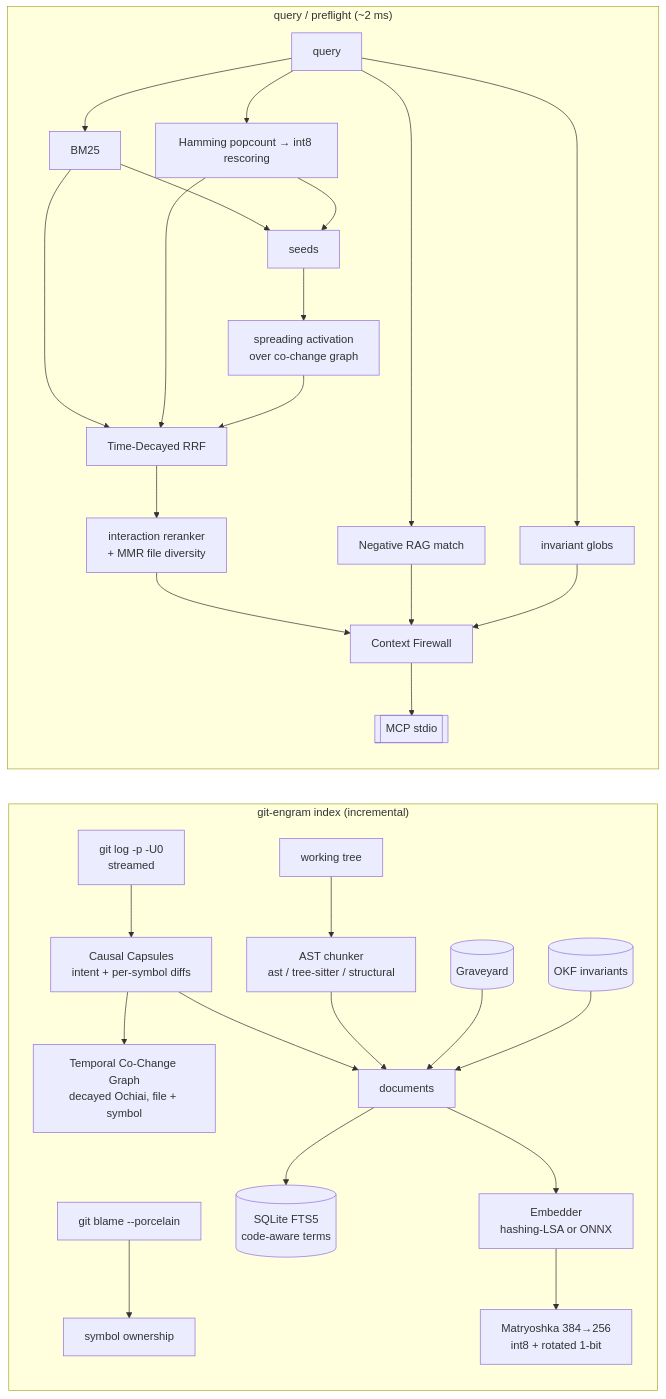
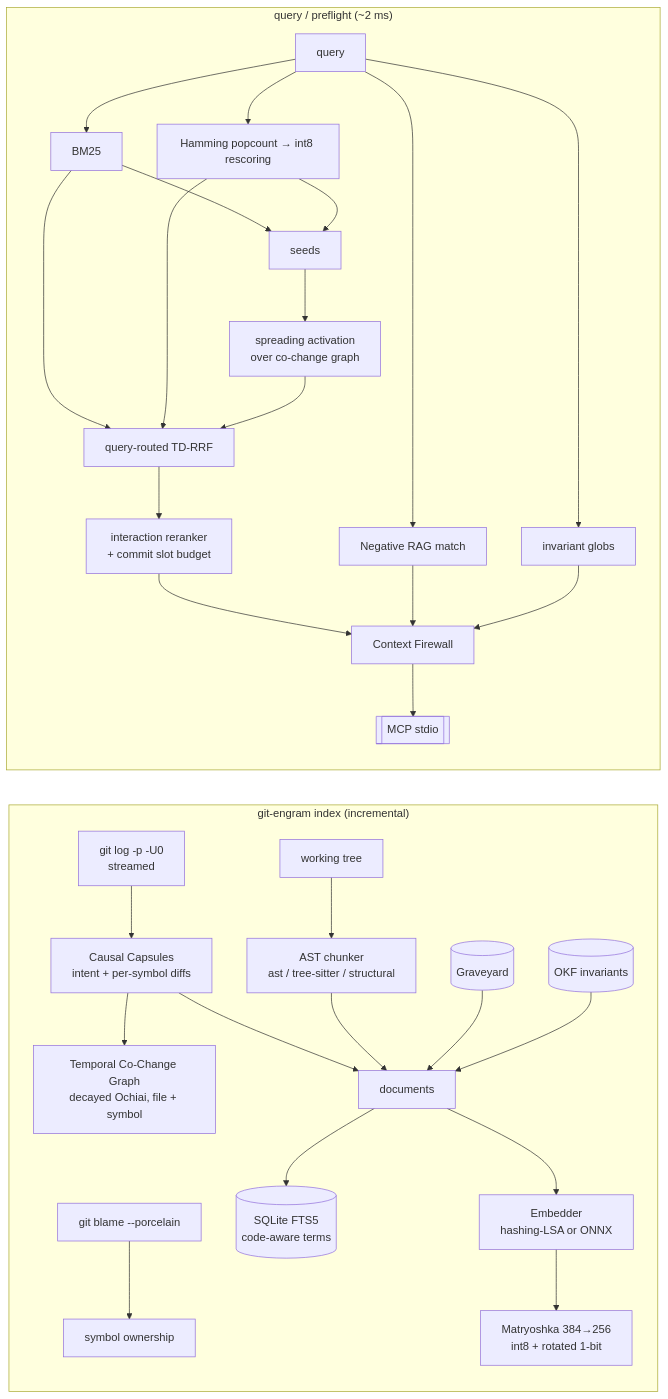
One commit to giuseppegambino92/git-engram changed the diagram in README.md. Above: the diagram before and after it, drawn with Mermaid. The commit also changed other lines of this file and 2 other files, not shown here.

````diff
--- a/README.md
+++ b/README.md
@@ -178,22 +184,22 @@
 ```mermaid
 flowchart LR
     subgraph Index["git-engram index (incremental)"]
         G[git log -p -U0<br/>streamed] --> H[Causal Capsules<br/>intent + per-symbol diffs]
         W[working tree] --> A[AST chunker<br/>ast / tree-sitter / structural]
         B[git blame --porcelain] --> O[symbol ownership]
         H --> CC[Temporal Co-Change Graph<br/>decayed Ochiai, file + symbol]
         A & H & F[(Graveyard)] & I[(OKF invariants)] --> D[documents]
         D --> FTS[(SQLite FTS5<br/>code-aware terms)]
         D --> E[Embedder<br/>hashing-LSA or ONNX] --> Q[Matryoshka 384→256<br/>int8 + rotated 1-bit]
     end
     subgraph Query["query / preflight  (~2 ms)"]
         q[query] --> P1[BM25]
         q --> P2[Hamming popcount → int8 rescoring]
         P1 & P2 --> S[seeds] --> P3[spreading activation<br/>over co-change graph]
-        P1 & P2 & P3 --> R[Time-Decayed RRF] --> X[interaction reranker<br/>+ MMR file diversity]
+        P1 & P2 & P3 --> R[query-routed TD-RRF] --> X[interaction reranker<br/>+ commit slot budget]
         X --> FW[Context Firewall]
         q --> NR[Negative RAG match] --> FW
         q --> IV[invariant globs] --> FW
         FW --> MCP[[MCP stdio]]
     end
 ```
````
